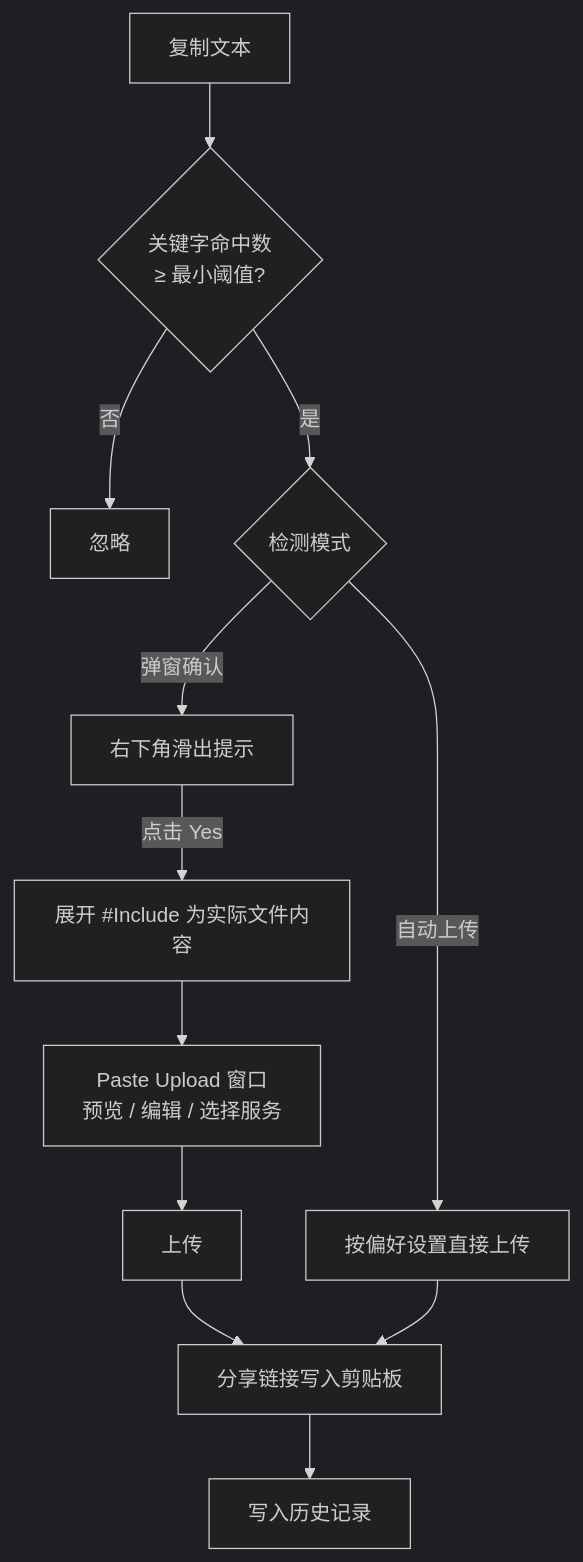
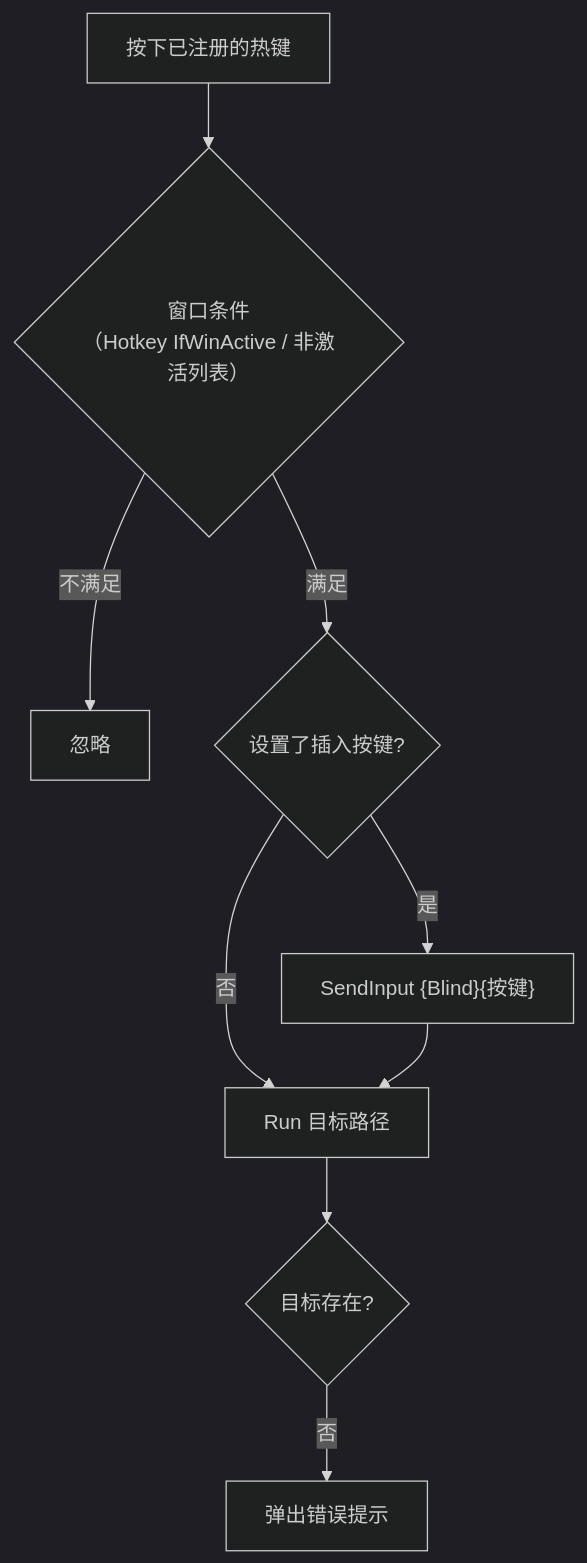
The first of 3 diagrams in README.md (YinsitanAI/AHK-ToolKit), drawn with Mermaid (dark theme) before and after one commit. The commit also changed other lines of this file, not shown here.

````diff
--- a/README.md
+++ b/README.md
@@ -229,14 +166,11 @@
 ```mermaid
 flowchart TD
-    C["复制文本"] --> D{"关键字命中数<br/>≥ 最小阈值?"}
-    D -- "否" --> X["忽略"]
-    D -- "是" --> M{"检测模式"}
-    M -- "弹窗确认" --> P["右下角滑出提示"]
-    P -- "点击 Yes" --> I["展开 #Include 为实际文件内容"]
-    I --> W["Paste Upload 窗口<br/>预览 / 编辑 / 选择服务"]
-    W --> U["上传"]
-    M -- "自动上传" --> A["按偏好设置直接上传"]
-    U --> L["分享链接写入剪贴板"]
-    A --> L
-    L --> H["写入历史记录"]
+    K["按下已注册的热键"] --> W{"窗口条件<br/>（Hotkey IfWinActive / 非激活列表）"}
+    W -- "不满足" --> X["忽略"]
+    W -- "满足" --> I{"设置了插入按键?"}
+    I -- "是" --> B["SendInput {Blind}{按键}"]
+    I -- "否" --> R
+    B --> R["Run 目标路径"]
+    R --> E{"目标存在?"}
+    E -- "否" --> M["弹出错误提示"]
 ```
````
